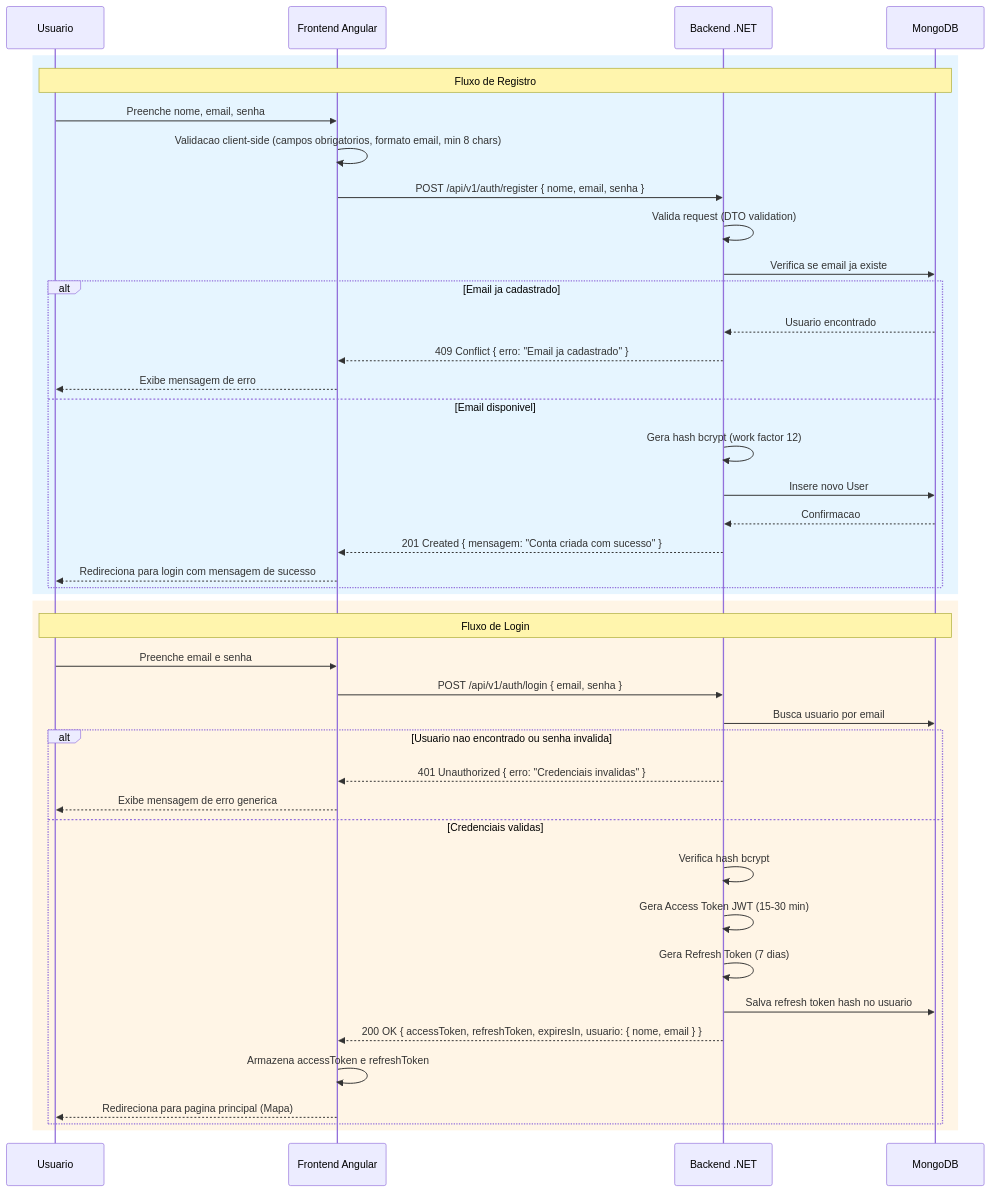
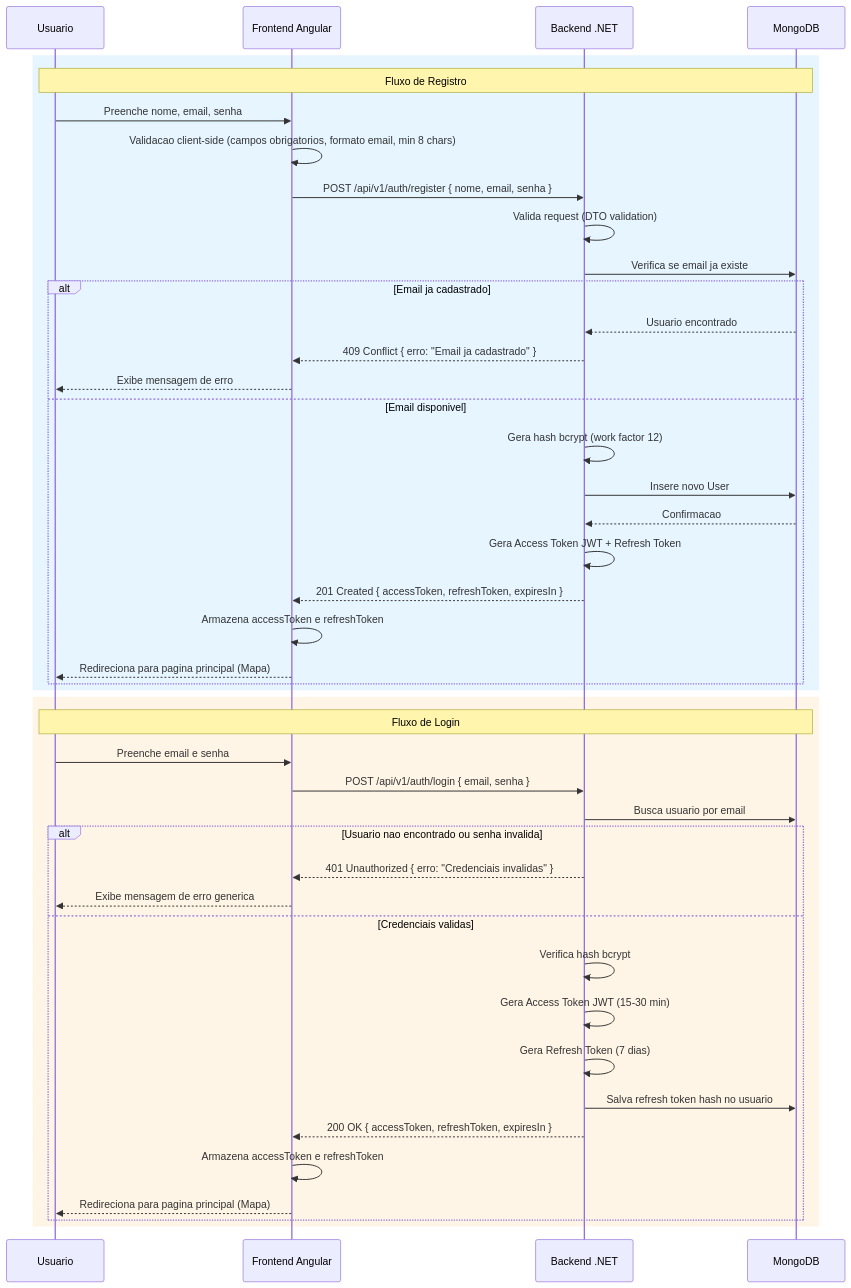
The fourth of 8 diagrams in docs/technical-doc.md (john182/poc-open-spec), drawn with Mermaid before and after one commit. The commit also changed other lines of this file and 226 other files, not shown here.

````diff
--- a/docs/technical-doc.md
+++ b/docs/technical-doc.md
@@ -371,46 +363,48 @@
 ```mermaid
 sequenceDiagram
     participant U as Usuario
     participant F as Frontend Angular
     participant B as Backend .NET
     participant DB as MongoDB
 
     rect rgb(230, 245, 255)
         Note over U,DB: Fluxo de Registro
         U->>F: Preenche nome, email, senha
         F->>F: Validacao client-side (campos obrigatorios, formato email, min 8 chars)
         F->>B: POST /api/v1/auth/register { nome, email, senha }
         B->>B: Valida request (DTO validation)
         B->>DB: Verifica se email ja existe
         alt Email ja cadastrado
             DB-->>B: Usuario encontrado
             B-->>F: 409 Conflict { erro: "Email ja cadastrado" }
             F-->>U: Exibe mensagem de erro
         else Email disponivel
             B->>B: Gera hash bcrypt (work factor 12)
             B->>DB: Insere novo User
             DB-->>B: Confirmacao
-            B-->>F: 201 Created { mensagem: "Conta criada com sucesso" }
-            F-->>U: Redireciona para login com mensagem de sucesso
+            B->>B: Gera Access Token JWT + Refresh Token
+            B-->>F: 201 Created { accessToken, refreshToken, expiresIn }
+            F->>F: Armazena accessToken e refreshToken
+            F-->>U: Redireciona para pagina principal (Mapa)
         end
     end
 
     rect rgb(255, 245, 230)
         Note over U,DB: Fluxo de Login
         U->>F: Preenche email e senha
         F->>B: POST /api/v1/auth/login { email, senha }
         B->>DB: Busca usuario por email
         alt Usuario nao encontrado ou senha invalida
             B-->>F: 401 Unauthorized { erro: "Credenciais invalidas" }
             F-->>U: Exibe mensagem de erro generica
         else Credenciais validas
             B->>B: Verifica hash bcrypt
             B->>B: Gera Access Token JWT (15-30 min)
             B->>B: Gera Refresh Token (7 dias)
             B->>DB: Salva refresh token hash no usuario
-            B-->>F: 200 OK { accessToken, refreshToken, expiresIn, usuario: { nome, email } }
+            B-->>F: 200 OK { accessToken, refreshToken, expiresIn }
             F->>F: Armazena accessToken e refreshToken
             F-->>U: Redireciona para pagina principal (Mapa)
         end
     end
 ```
````
